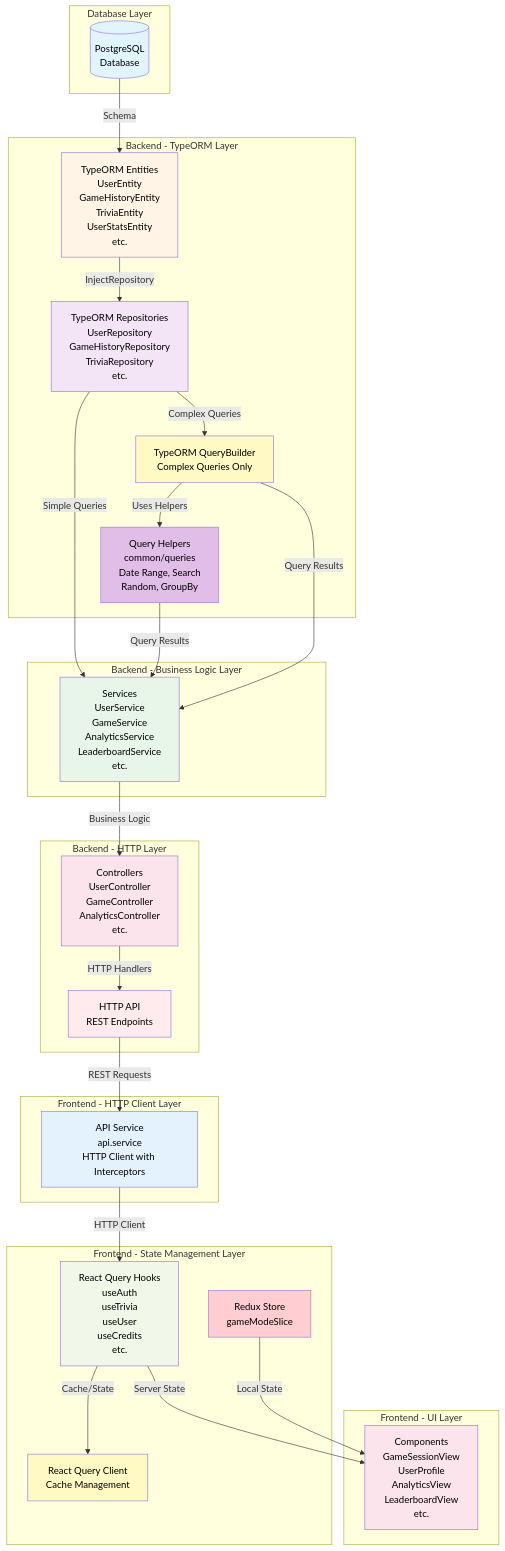
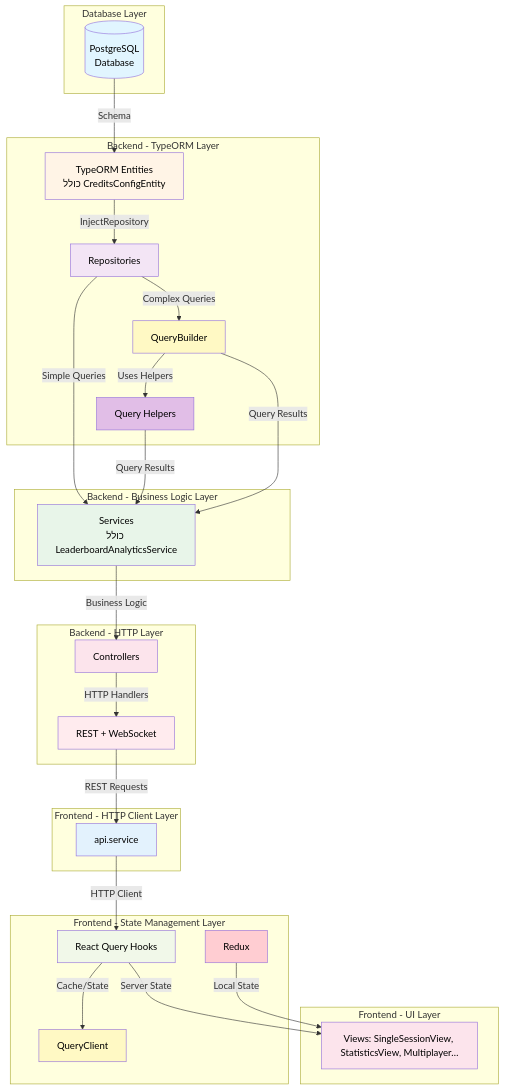
Diagram 30 of 31 in docs/DIAGRAMS.md (IsraelRub/EveryTriv), drawn with Mermaid before and after one commit. The commit also changed other lines of this file and 148 other files, not shown here.

First line of the commit message:
feat: email-gated profile, game text gate, session/multiplayer flows, Newman sync

````diff
--- a/docs/DIAGRAMS.md
+++ b/docs/DIAGRAMS.md
@@ -1796,65 +1784,65 @@
 ```mermaid
 graph TB
     subgraph "Database Layer"
         DB[(PostgreSQL<br/>Database)]
     end
 
     subgraph "Backend - TypeORM Layer"
-        E[TypeORM Entities<br/>UserEntity<br/>GameHistoryEntity<br/>TriviaEntity<br/>UserStatsEntity<br/>etc.]
-        R[TypeORM Repositories<br/>UserRepository<br/>GameHistoryRepository<br/>TriviaRepository<br/>etc.]
-        QB[TypeORM QueryBuilder<br/>Complex Queries Only]
-        QH[Query Helpers<br/>common/queries<br/>Date Range, Search<br/>Random, GroupBy]
+        E[TypeORM Entities<br/>כולל CreditsConfigEntity]
+        R[Repositories]
+        QB[QueryBuilder]
+        QH[Query Helpers]
     end
 
     subgraph "Backend - Business Logic Layer"
-        S[Services<br/>UserService<br/>GameService<br/>AnalyticsService<br/>LeaderboardService<br/>etc.]
+        S[Services<br/>כולל LeaderboardAnalyticsService]
     end
 
     subgraph "Backend - HTTP Layer"
-        C[Controllers<br/>UserController<br/>GameController<br/>AnalyticsController<br/>etc.]
-        API[HTTP API<br/>REST Endpoints]
+        C[Controllers]
+        API[REST + WebSocket]
     end
 
     subgraph "Frontend - HTTP Client Layer"
-        AS[API Service<br/>api.service<br/>HTTP Client with Interceptors]
+        AS[api.service]
     end
 
     subgraph "Frontend - State Management Layer"
-        RS[Redux Store<br/>gameModeSlice]
-        RQ[React Query Hooks<br/>useAuth<br/>useTrivia<br/>useUser<br/>useCredits<br/>etc.]
-        QC[React Query Client<br/>Cache Management]
+        RS[Redux]
+        RQ[React Query Hooks]
+        QC[QueryClient]
     end
 
     subgraph "Frontend - UI Layer"
-        COM[Components<br/>GameSessionView<br/>UserProfile<br/>AnalyticsView<br/>LeaderboardView<br/>etc.]
+        COM[Views: SingleSessionView, StatisticsView, Multiplayer…]
     end
 
     DB -->|Schema| E
     E -->|InjectRepository| R
     R -->|Simple Queries| S
     R -->|Complex Queries| QB
     QB -->|Uses Helpers| QH
     QH -->|Query Results| S
     QB -->|Query Results| S
     S -->|Business Logic| C
     C -->|HTTP Handlers| API
     API -->|REST Requests| AS
     AS -->|HTTP Client| RQ
     RQ -->|Cache/State| QC
     RQ -->|Server State| COM
     RS -->|Local State| COM
 
     style DB fill:#e1f5ff,color:#000000
     style E fill:#fff4e6,color:#000000
     style R fill:#f3e5f5,color:#000000
     style QB fill:#fff9c4,color:#000000
     style QH fill:#e1bee7,color:#000000
     style S fill:#e8f5e9,color:#000000
     style C fill:#fce4ec,color:#000000
     style API fill:#ffebee,color:#000000
     style AS fill:#e3f2fd,color:#000000
     style RS fill:#ffcdd2,color:#000000
     style RQ fill:#f1f8e9,color:#000000
     style QC fill:#fff9c4,color:#000000
     style COM fill:#fce4ec,color:#000000
 ```
````
